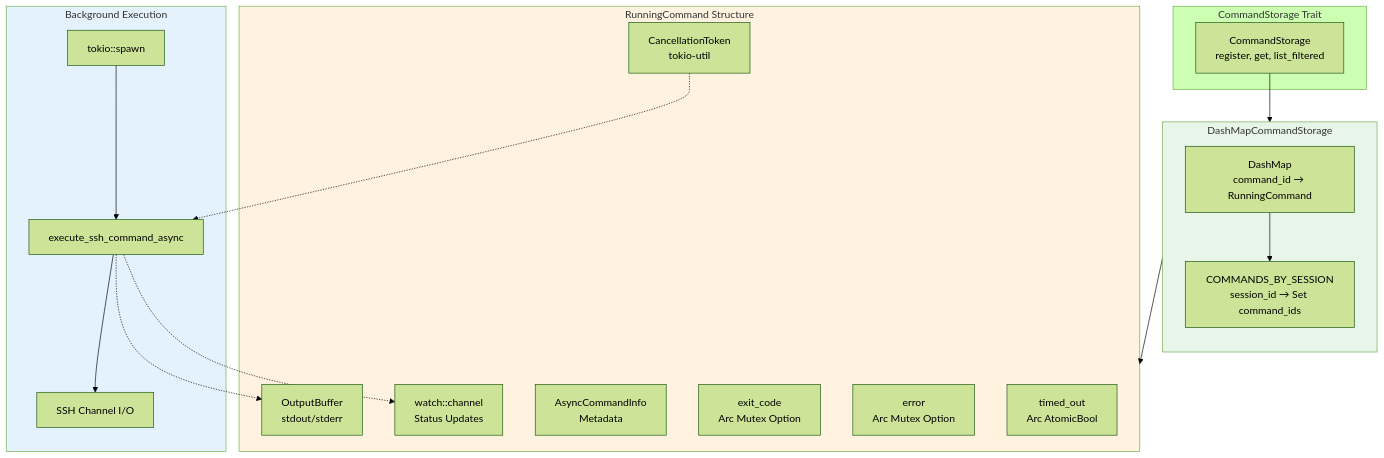
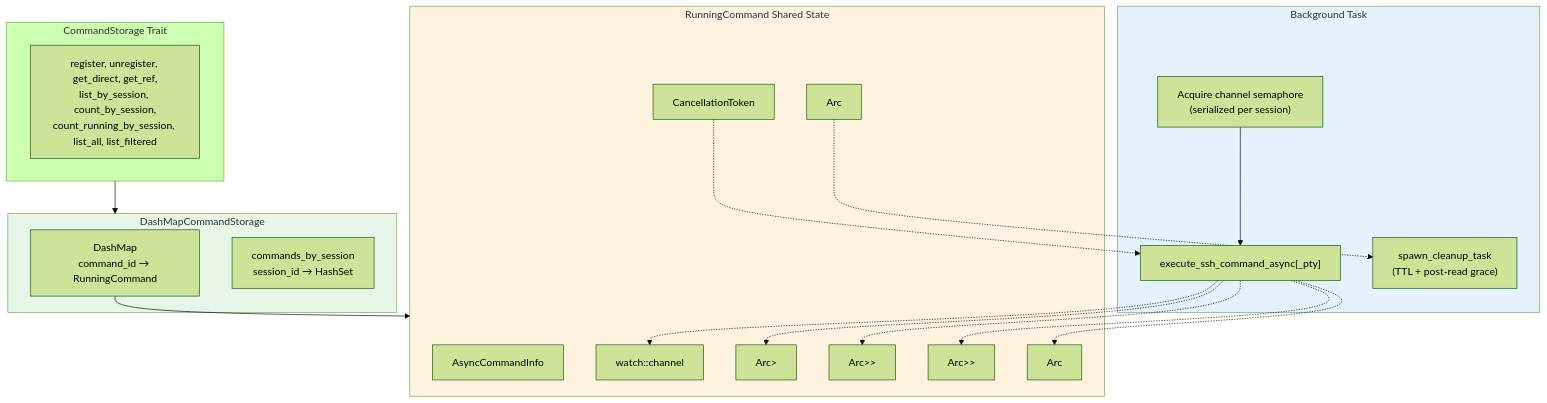
Before and after one commit to farchanjo/ssh-mcp: the sixth of 11 diagrams in docs/ARCHITECTURE.md, drawn with Mermaid (forest theme). The commit also changed other lines of this file and 5 other files, not shown here.

````diff
--- a/docs/ARCHITECTURE.md
+++ b/docs/ARCHITECTURE.md
@@ -706,43 +551,44 @@
 ```mermaid
 flowchart TB
-    subgraph Abstraction["CommandStorage Trait"]
-        Trait2["CommandStorage<br/>register, get, list_filtered"]
+    subgraph Trait["CommandStorage Trait"]
+        T["register, unregister, get_direct, get_ref,<br/>list_by_session, count_by_session,<br/>count_running_by_session, list_all, list_filtered"]
     end
 
     subgraph Storage["DashMapCommandStorage"]
-        direction TB
-        DashMap2["DashMap<br/>command_id → RunningCommand"]
-        SecondaryIdx["COMMANDS_BY_SESSION<br/>session_id → Set command_ids"]
-
-        DashMap2 --> SecondaryIdx
+        Map["DashMap<br/>command_id → RunningCommand"]
+        Idx["commands_by_session<br/>session_id → HashSet<command_id>"]
     end
 
-    Trait2 --> Storage
+    Trait --> Storage
 
-    subgraph RunningCmd["RunningCommand Structure"]
-        Info["AsyncCommandInfo<br/>Metadata"]
-        CancelToken["CancellationToken<br/>tokio-util"]
-        StatusChan["watch::channel<br/>Status Updates"]
-        OutputBuf["OutputBuffer<br/>stdout/stderr"]
-        ExitCode["exit_code<br/>Arc Mutex Option"]
-        Error["error<br/>Arc Mutex Option"]
-        TimedOut["timed_out<br/>Arc AtomicBool"]
+    subgraph RunningCmd["RunningCommand Shared State"]
+        Info["AsyncCommandInfo"]
+        CancelToken["CancellationToken"]
+        StatusChan["watch::channel<AsyncCommandStatus>"]
+        Output["Arc<Mutex<OutputBuffer>>"]
+        ExitCode["Arc<Mutex<Option<i32>>>"]
+        Error["Arc<Mutex<Option<String>>>"]
+        TimedOut["Arc<AtomicBool>"]
+        OutputRead["Arc<AtomicBool>"]
     end
 
-    subgraph Execution["Background Execution"]
-        Spawn["tokio::spawn"]
-        ExecAsync["execute_ssh_command_async"]
-        SSHChannel["SSH Channel I/O"]
+    subgraph Execution["Background Task"]
+        Permit["Acquire channel semaphore<br/>(serialized per session)"]
+        Exec["execute_ssh_command_async[_pty]"]
+        Cleanup["spawn_cleanup_task<br/>(TTL + post-read grace)"]
     end
 
-    DashMap2 --> RunningCmd
-    Spawn --> ExecAsync
-    ExecAsync --> SSHChannel
-    ExecAsync -.-> OutputBuf
-    ExecAsync -.-> StatusChan
-    CancelToken -.-> ExecAsync
+    Map --> RunningCmd
+    Permit --> Exec
+    Exec -.-> Output
+    Exec -.-> StatusChan
+    Exec -.-> ExitCode
+    Exec -.-> Error
+    Exec -.-> TimedOut
+    CancelToken -.-> Exec
+    OutputRead -.-> Cleanup
 
     style Storage fill:#e8f5e9
     style RunningCmd fill:#fff3e0
     style Execution fill:#e3f2fd
 ```
````
